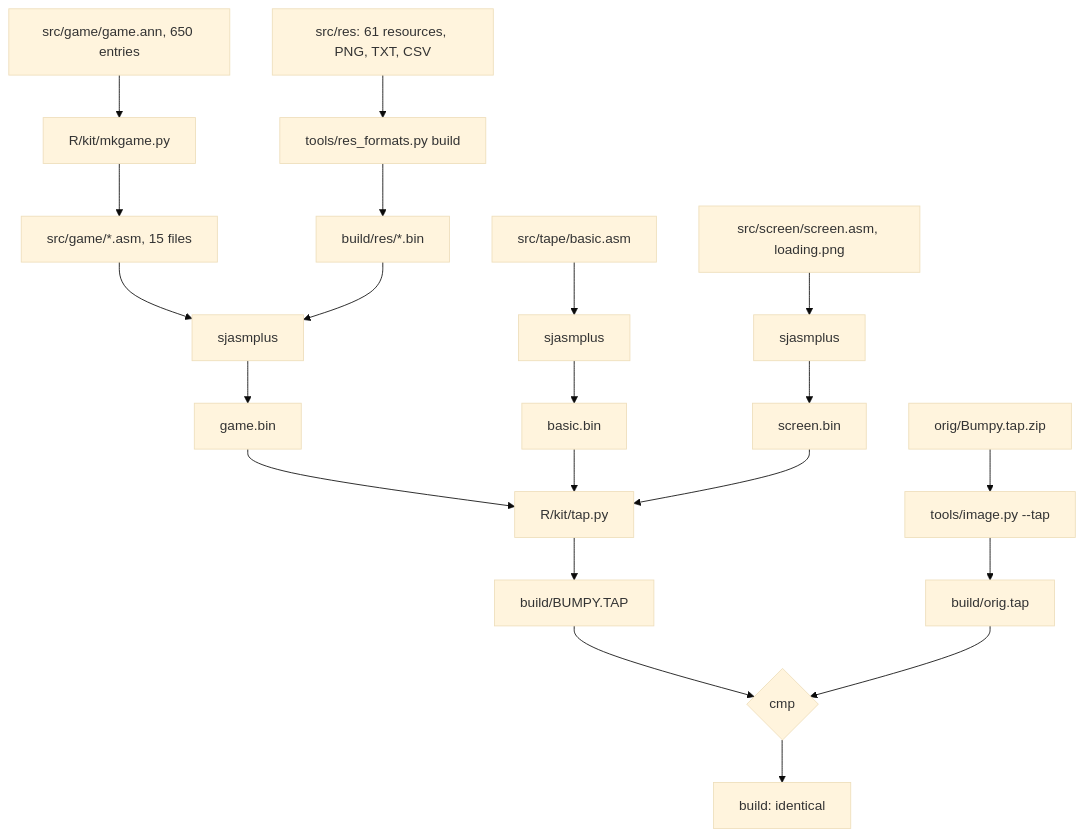
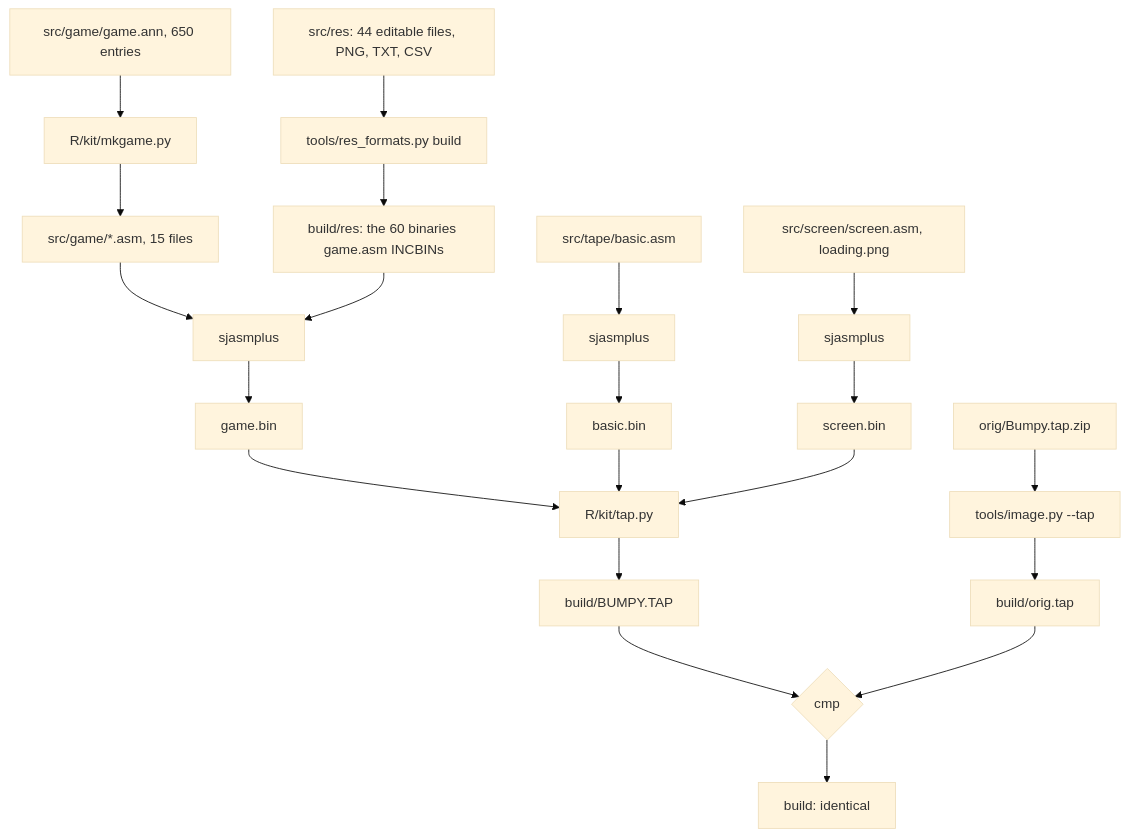
One commit to alfishe/unrealng-reverse-cases changed the third of 4 diagrams in games/bumpy/docs/03-build-and-load.md. Above: the diagram before and after it, drawn with Mermaid (base theme). The commit also changed other lines of this file and 33 other files, not shown here.

````diff
--- a/games/bumpy/docs/03-build-and-load.md
+++ b/games/bumpy/docs/03-build-and-load.md
@@ -132,20 +156,20 @@
 ```mermaid
 flowchart TD
     ANN["src/game/game.ann, 650 entries"] --> MK["R/kit/mkgame.py"]
     MK --> ASM["src/game/*.asm, 15 files"]
-    RES["src/res: 61 resources, PNG, TXT, CSV"] --> RF["tools/res_formats.py build"]
-    RF --> BIN["build/res/*.bin"]
+    RES["src/res: 44 editable files, PNG, TXT, CSV"] --> RF["tools/res_formats.py build"]
+    RF --> BIN["build/res: the 60 binaries game.asm INCBINs"]
     ASM --> SJ["sjasmplus"]
     BIN --> SJ
     SJ --> G["game.bin"]
     BAS["src/tape/basic.asm"] --> SJ2["sjasmplus"] --> B["basic.bin"]
     SCR["src/screen/screen.asm, loading.png"] --> SJ3["sjasmplus"] --> S["screen.bin"]
     G --> TAP["R/kit/tap.py"]
     B --> TAP
     S --> TAP
     TAP --> OUT["build/BUMPY.TAP"]
     ORIG["orig/Bumpy.tap.zip"] --> IMG["tools/image.py --tap"] --> O2["build/orig.tap"]
     OUT --> CMP{"cmp"}
     O2 --> CMP
     CMP --> OK["build: identical"]
 ```
````
